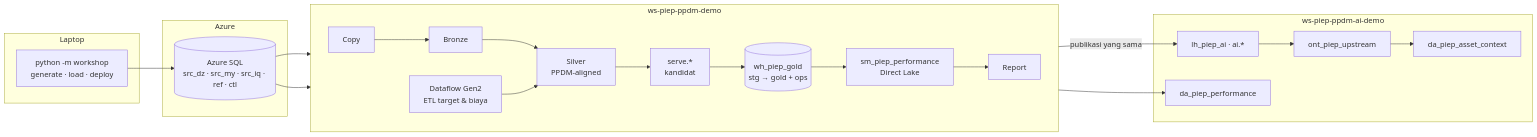
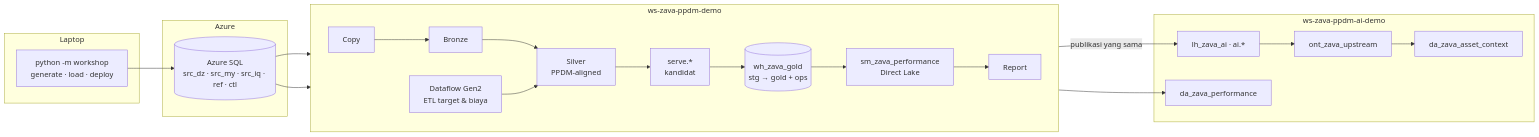
Before and after one commit to edhotp/Microsoft-Fabric-with-PPDM-Demo: the third of 8 diagrams in demo tutorial/tutorial/overview.md, drawn with Mermaid. The commit also changed other lines of this file and 67 other files, not shown here.

First line of the commit message:
Rebrand demo from PIEP to Zava Energy

````diff
--- a/demo tutorial/tutorial/overview.md
+++ b/demo tutorial/tutorial/overview.md
@@ -68,31 +68,31 @@
 ```mermaid
 flowchart LR
     subgraph Laptop
         GEN["python -m workshop<br/>generate · load · deploy"]
     end
     subgraph Azure
         SQL[("Azure SQL<br/>src_dz · src_my · src_iq · ref · ctl")]
     end
-    subgraph Core["ws-piep-ppdm-demo"]
+    subgraph Core["ws-zava-ppdm-demo"]
         direction LR
         CP[Copy] --> BR[Bronze]
         DF[Dataflow Gen2<br/>ETL target & biaya]
         BR --> SV[Silver<br/>PPDM-aligned]
         DF --> SV
         SV --> SE[serve.*<br/>kandidat]
-        SE --> WH[("wh_piep_gold<br/>stg → gold + ops")]
-        WH --> SM[sm_piep_performance<br/>Direct Lake]
+        SE --> WH[("wh_zava_gold<br/>stg → gold + ops")]
+        WH --> SM[sm_zava_performance<br/>Direct Lake]
         SM --> RPT[Report]
     end
-    subgraph AI["ws-piep-ppdm-ai-demo"]
-        LAI[lh_piep_ai · ai.*] --> ONT[ont_piep_upstream]
-        DA1[da_piep_performance]
-        DA2[da_piep_asset_context]
+    subgraph AI["ws-zava-ppdm-ai-demo"]
+        LAI[lh_zava_ai · ai.*] --> ONT[ont_zava_upstream]
+        DA1[da_zava_performance]
+        DA2[da_zava_asset_context]
     end
     GEN --> SQL
     SQL --> CP
     SQL --> DF
     SE -->|publikasi yang sama| LAI
     SM --> DA1
     ONT --> DA2
 ```
````
